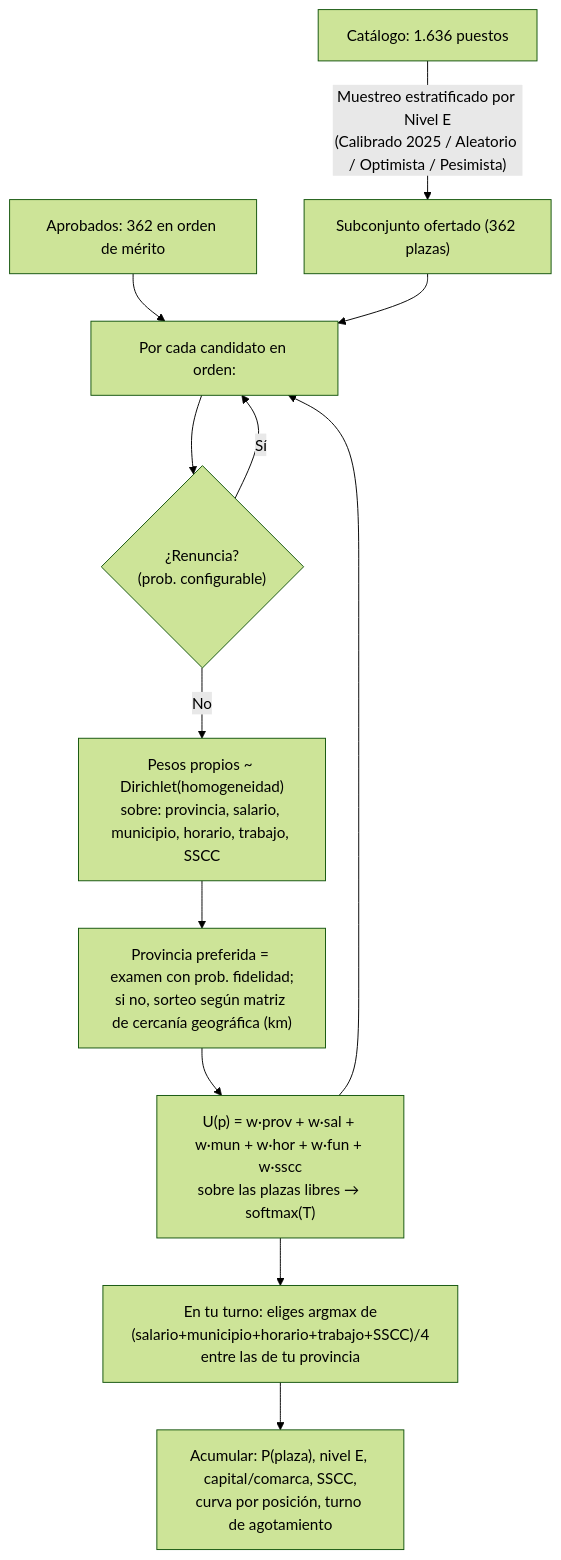
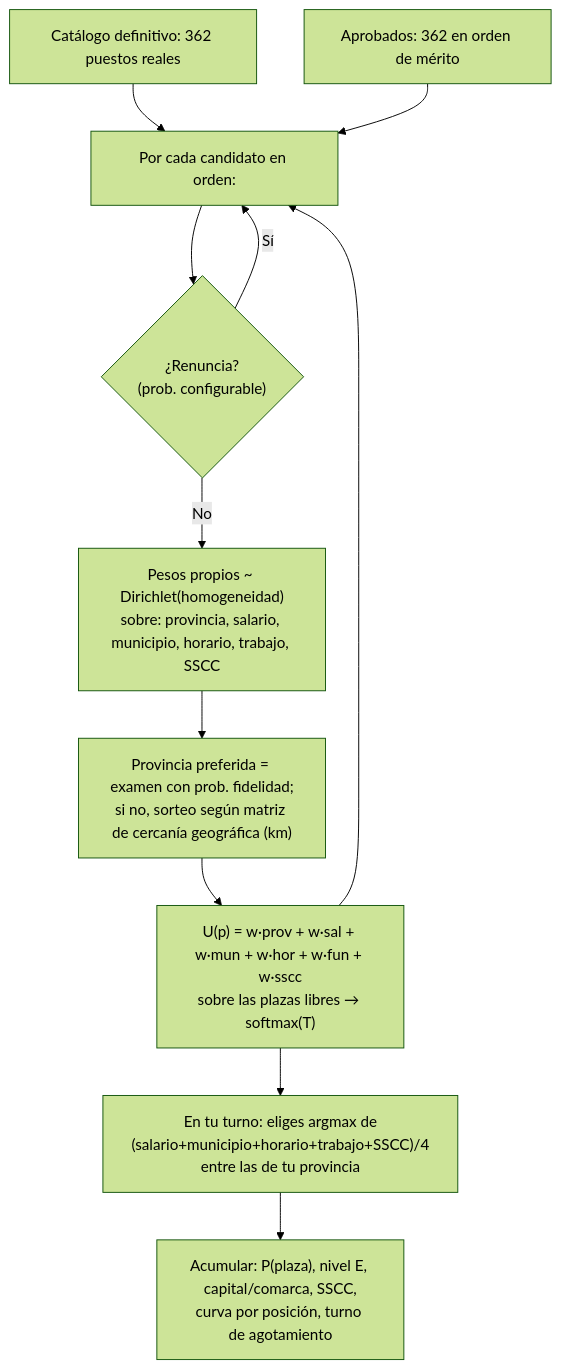
One commit to senabria/simulador-destinos-cyl changed the diagram in Readme.md. Above: the diagram before and after it, drawn with Mermaid (forest theme). The commit also changed other lines of this file and 10 other files, not shown here.

Commit message:
Catalogo definitivo: parser por nombre de columnas (CP850), sin historico 2025 ni escenarios de muestreo

````diff
--- a/Readme.md
+++ b/Readme.md
@@ -117,14 +85,13 @@
 ```mermaid
 flowchart TD
-    A["Catálogo: 1.636 puestos"] -->|"Muestreo estratificado por Nivel E<br>(Calibrado 2025 / Aleatorio / Optimista / Pesimista)"| B["Subconjunto ofertado (362 plazas)"]
-    C["Aprobados: 362 en orden de mérito"] --> D["Por cada candidato en orden:"]
-    B --> D
+    A["Catálogo definitivo: 362 puestos reales"] --> D["Por cada candidato en orden:"]
+    C["Aprobados: 362 en orden de mérito"] --> D
     D --> E{"¿Renuncia?<br>(prob. configurable)"}
     E -->|Sí| D
     E -->|No| F["Pesos propios ~ Dirichlet(homogeneidad)<br>sobre: provincia, salario, municipio, horario, trabajo, SSCC"]
     F --> G["Provincia preferida = examen con prob. fidelidad;<br>si no, sorteo según matriz de cercanía geográfica (km)"]
     G --> H["U(p) = w·prov + w·sal + w·mun + w·hor + w·fun + w·sscc<br>sobre las plazas libres → softmax(T)"]
     H --> D
     H --> I["En tu turno: eliges argmax de<br>(salario+municipio+horario+trabajo+SSCC)/4<br>entre las de tu provincia"]
     I --> J["Acumular: P(plaza), nivel E, capital/comarca, SSCC,<br>curva por posición, turno de agotamiento"]
 ```
````
